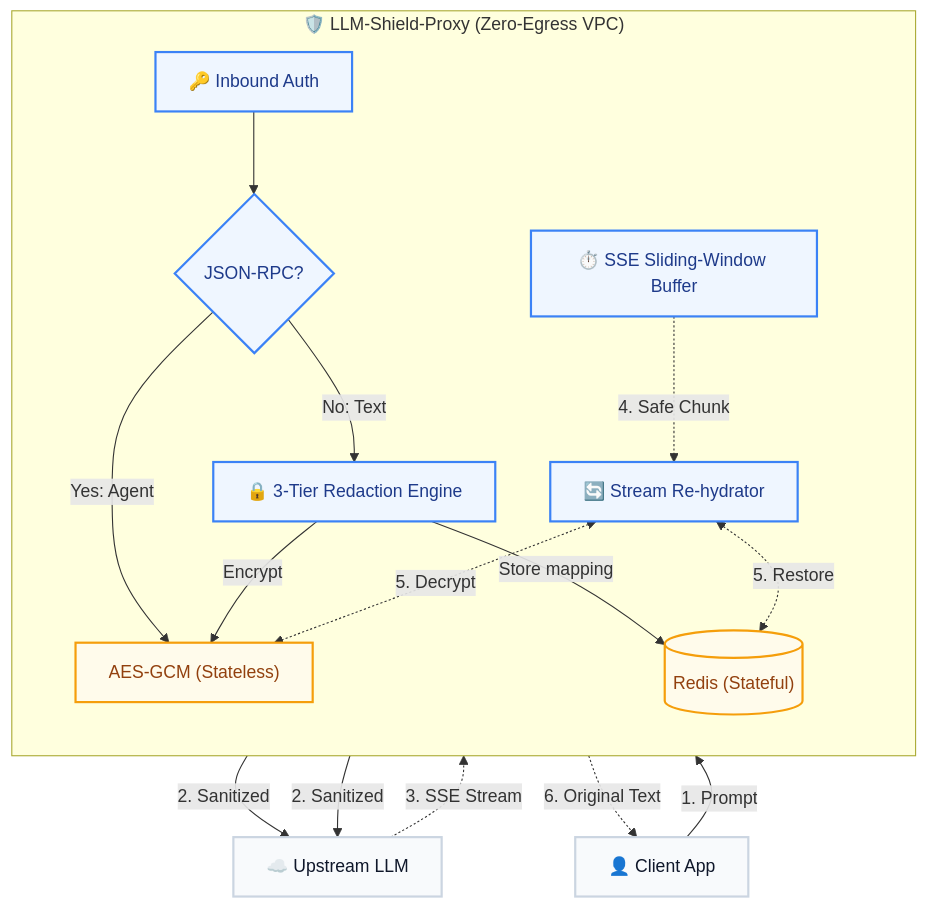
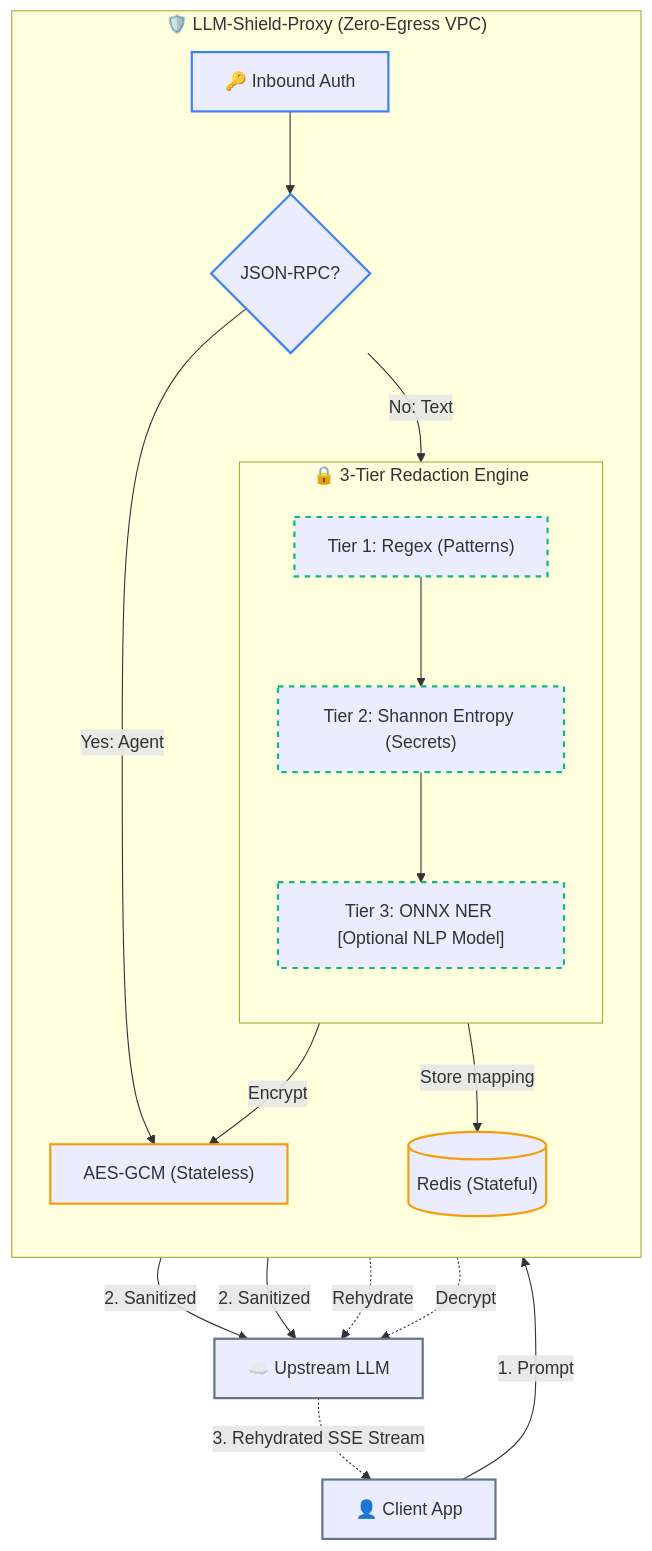
One commit to ninadphalak/LLM-Shield-Proxy changed the second of 2 diagrams in README.md. Above: the diagram before and after it, drawn with Mermaid. The commit also changed other lines of this file and 22 other files, not shown here.

Commit message:
refactor: globally rename STATELESS_CRYPTO to STATELESS_SYNTHETIC and overhaul diagrams

````diff
--- a/README.md
+++ b/README.md
@@ -226,43 +230,46 @@
 ```mermaid
 flowchart TD
-    classDef client fill:#f8fafc,stroke:#cbd5e1,stroke-width:2px,color:#0f172a
-    classDef proxy fill:#eff6ff,stroke:#3b82f6,stroke-width:2px,color:#1e3a8a
-    classDef vault fill:#fffbeb,stroke:#f59e0b,stroke-width:2px,color:#92400e
+    classDef default stroke:#64748b,stroke-width:2px
+    classDef proxy stroke:#3b82f6,stroke-width:2px
+    classDef vault stroke:#f59e0b,stroke-width:2px
+    classDef engine stroke:#10b981,stroke-width:2px,stroke-dasharray: 5 5
 
-    UserApp["👤 Client App"]:::client
-    UpstreamLLM["☁️ Upstream LLM"]:::client
+    UserApp["👤 Client App"]
+    UpstreamLLM["☁️ Upstream LLM"]
 
     subgraph SecurityMoat ["🛡️ LLM-Shield-Proxy (Zero-Egress VPC)"]
         direction TD
         Auth["🔑 Inbound Auth"]:::proxy
         Router{"JSON-RPC?"}:::proxy
         
-        Redaction["🔒 3-Tier Redaction Engine"]:::proxy
+        subgraph CascadeEngine ["🔒 3-Tier Redaction Engine"]
+            direction TB
+            Tier1["Tier 1: Regex (Patterns)"]:::engine
+            Tier2["Tier 2: Shannon Entropy (Secrets)"]:::engine
+            Tier3["Tier 3: ONNX NER [Optional NLP Model]"]:::engine
+            Tier1 --> Tier2 --> Tier3
+        end
         
         Redis[("Redis (Stateful)")]:::vault
         AES["AES-GCM (Stateless)"]:::vault
         
-        Buffer["⏱️ SSE Sliding-Window Buffer"]:::proxy
-        Rehydrator["🔄 Stream Re-hydrator"]:::proxy
     end
 
     %% Inbound Flow
     UserApp -->|1. Prompt| Auth
     Auth --> Router
     
-    Router -->|No: Text| Redaction
+    Router -->|No: Text| CascadeEngine
     Router -->|Yes: Agent| AES
     
-    Redaction -->|Store mapping| Redis
-    Redaction -->|Encrypt| AES
+    CascadeEngine -->|Store mapping| Redis
+    CascadeEngine -->|Encrypt| AES
     
     Redis -->|2. Sanitized| UpstreamLLM
     AES -->|2. Sanitized| UpstreamLLM
 
     %% Outbound Flow
-    UpstreamLLM -.->|3. SSE Stream| Buffer
-    Buffer -.->|4. Safe Chunk| Rehydrator
-    Rehydrator <-.->|5. Restore| Redis
-    Rehydrator <-.->|5. Decrypt| AES
-    Rehydrator -.->|6. Original Text| UserApp
+    UpstreamLLM -.->|3. Rehydrated SSE Stream| UserApp
+    Redis -.->|Rehydrate| UpstreamLLM
+    AES -.->|Decrypt| UpstreamLLM
 ```
````
